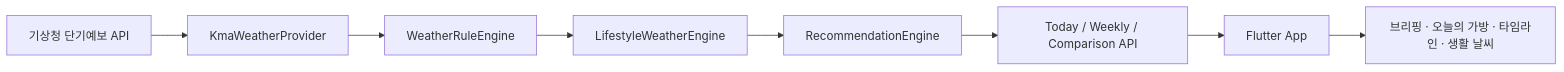
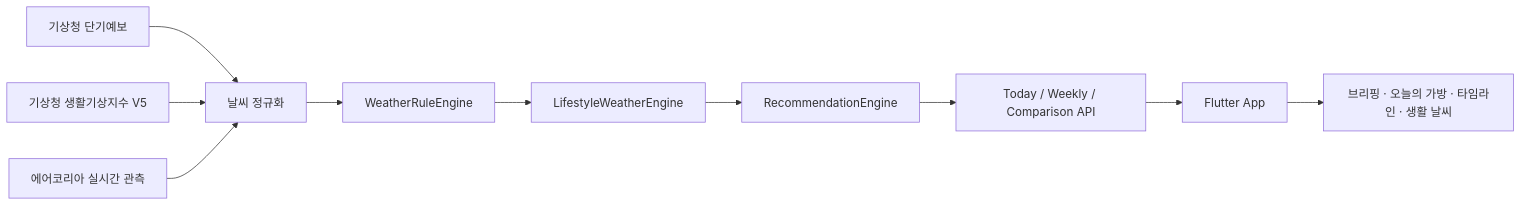
One commit to sohay19/weather_care changed the diagram in README.md. Above: the diagram before and after it, drawn with Mermaid. The commit also changed other lines of this file and 29 other files, not shown here.

````diff
--- a/README.md
+++ b/README.md
@@ -29,10 +29,12 @@
 ```mermaid
 flowchart LR
-    provider["기상청 단기예보 API"] --> normalize["KmaWeatherProvider"]
+    weather["기상청 단기예보"] --> normalize["날씨 정규화"]
+    uv["기상청 생활기상지수 V5"] --> normalize
+    air["에어코리아 실시간 관측"] --> normalize
     normalize --> rules["WeatherRuleEngine"]
     rules --> lifestyle["LifestyleWeatherEngine"]
     lifestyle --> recommendation["RecommendationEngine"]
     recommendation --> api["Today / Weekly / Comparison API"]
     api --> app["Flutter App"]
     app --> ui["브리핑 · 오늘의 가방 · 타임라인 · 생활 날씨"]
 ```
````
